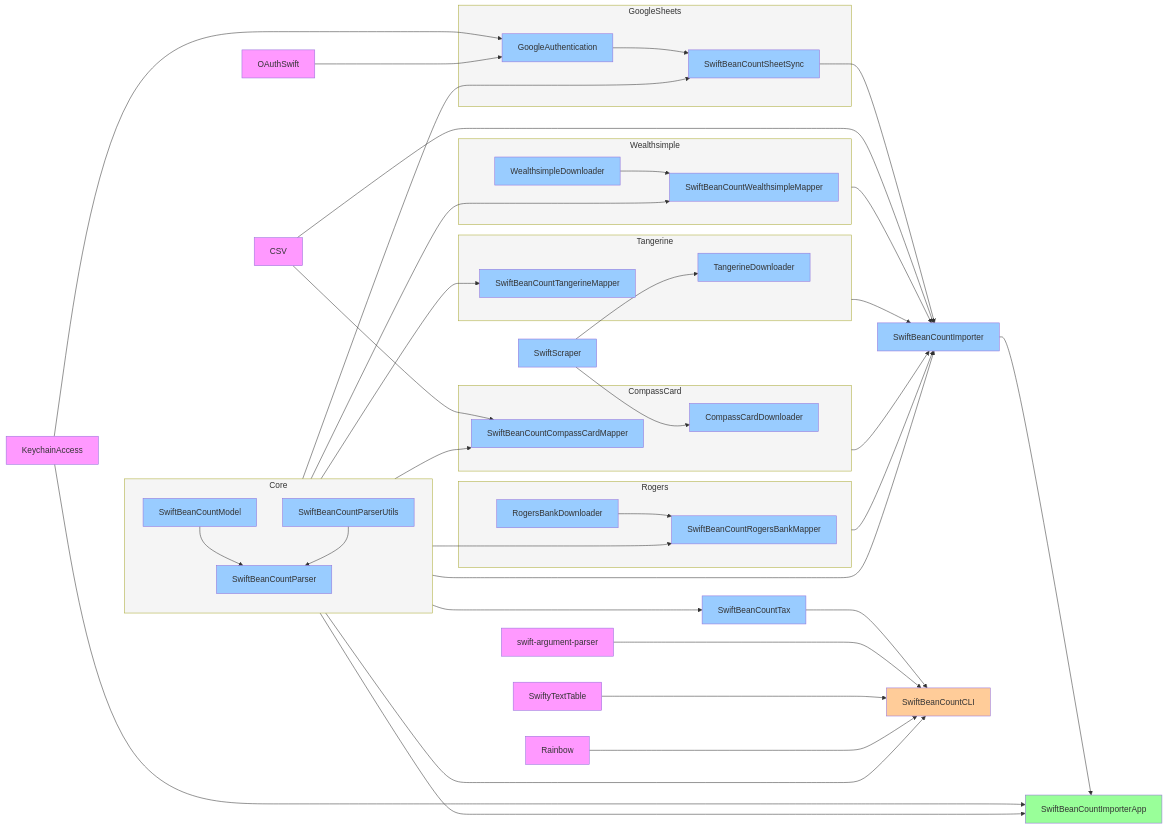
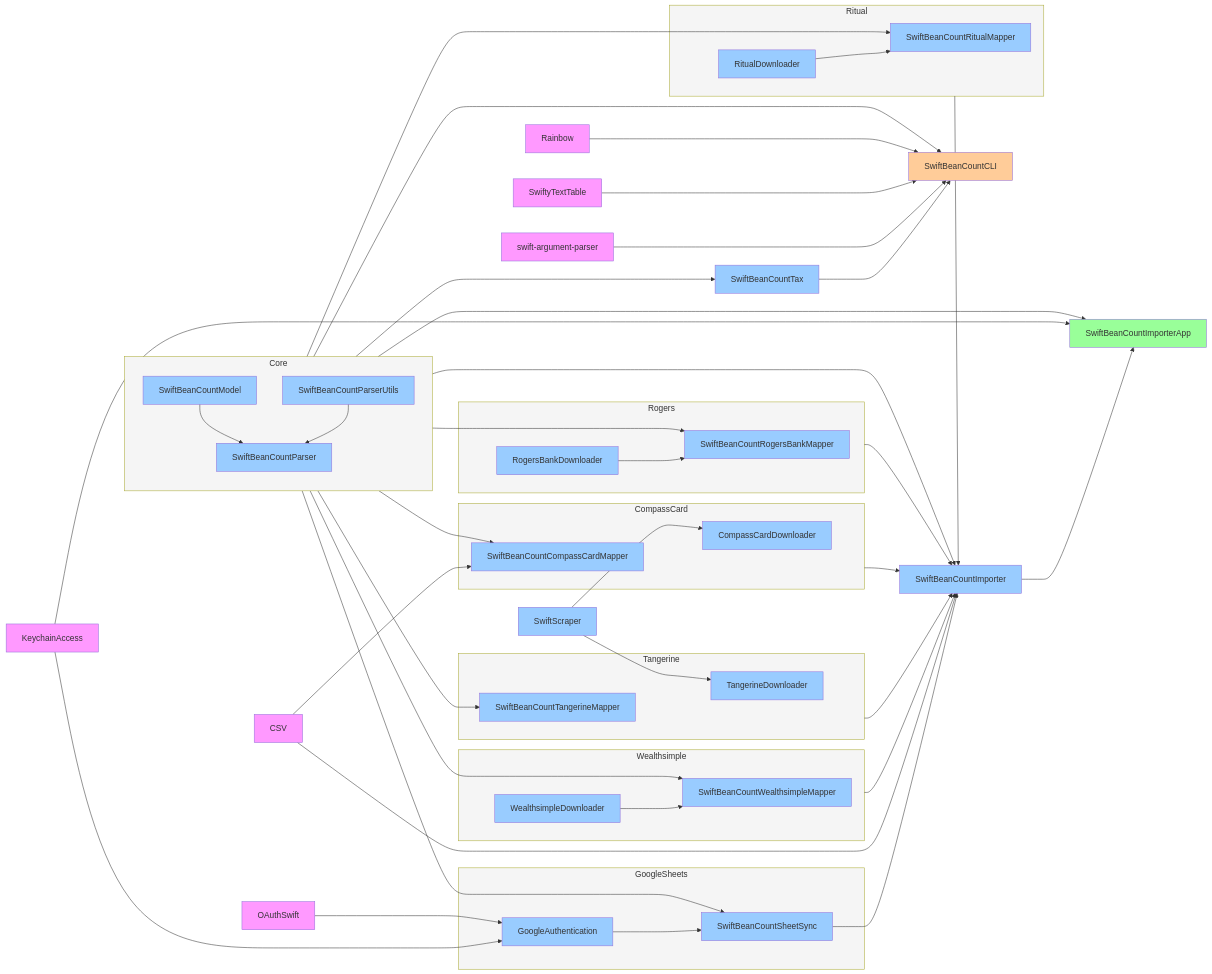
The first of 2 diagrams in README.md (Nef10/SwiftBeanCount), drawn with Mermaid before and after one commit. The commit also changed other lines of this file and 39 other files, not shown here.

Commit message:
Add Ritual importer (#206)

```diff
--- a/README.md
+++ b/README.md
@@ -89,6 +91,11 @@
     RogersBankDownloader
     RogersBankDownloader --> SwiftBeanCountRogersBankMapper
   end
+  subgraph Ritual
+    RitualDownloader --> SwiftBeanCountRitualMapper
+  end
+  Ritual --> SwiftBeanCountImporter
+  Core --> SwiftBeanCountRitualMapper
   subgraph GoogleSheets
     SwiftBeanCountSheetSync
     GoogleAuthentication
@@ -149,7 +156,7 @@
   classDef app fill:#99FF99;
   classDef external fill:#FF99FF;
   classDef cli fill:#FFCC99;
-  class Core,Rogers,Wealthsimple,Tangerine,CompassCard,GoogleSheets box;
+  class Core,Rogers,Wealthsimple,Tangerine,CompassCard,GoogleSheets,Ritual box;
   class SwiftBeanCountImporterApp,App app;
   class CSV,OAuthSwift,KeychainAccess,External,swift-argument-parser,SwiftyTextTable,Rainbow external;
   class SwiftBeanCountCLI cli;
```
